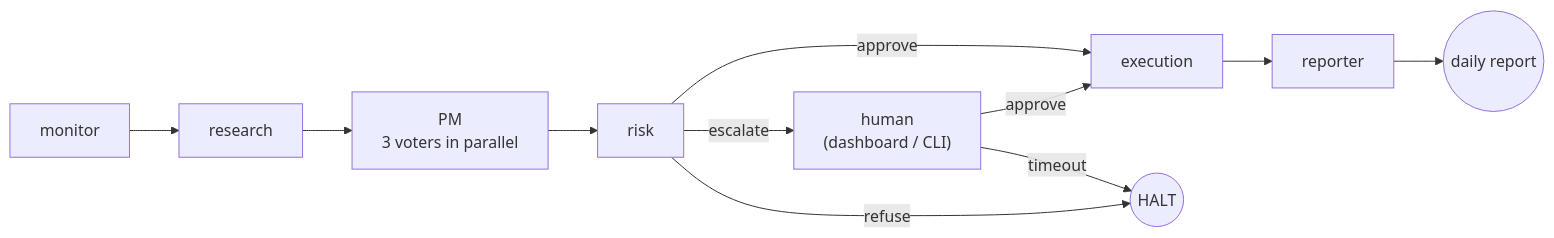
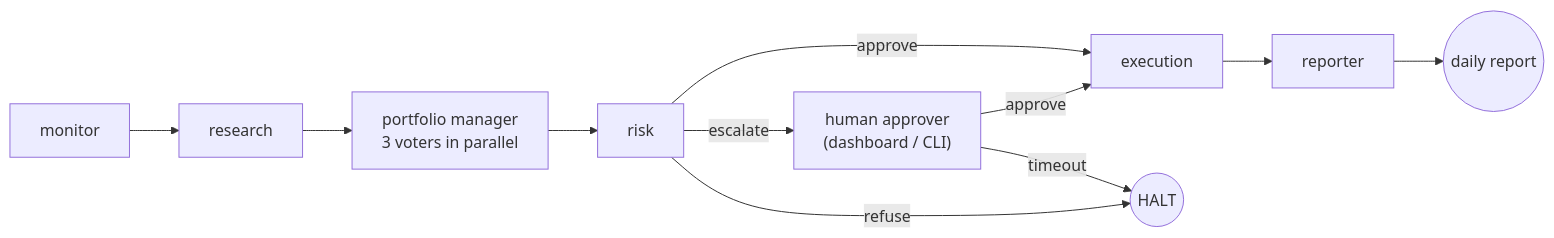
Before and after one commit to NoamDz/AI-Investment-Firm: the diagram in README.md, drawn with Mermaid. The commit also changed other lines of this file and 5 other files, not shown here.

````diff
--- a/README.md
+++ b/README.md
@@ -43,13 +43,13 @@
 ```mermaid
 flowchart LR
     M[monitor] --> R[research]
-    R --> P["PM<br/>3 voters in parallel"]
+    R --> P["portfolio manager<br/>3 voters in parallel"]
     P --> RK[risk]
     RK -- approve --> X[execution]
-    RK -- escalate --> H["human<br/>(dashboard / CLI)"]
+    RK -- escalate --> H["human approver<br/>(dashboard / CLI)"]
     RK -- refuse --> HALT((HALT))
     H -- approve --> X
     H -- timeout --> HALT
     X --> RP[reporter]
     RP --> DONE((daily report))
 ```
````
